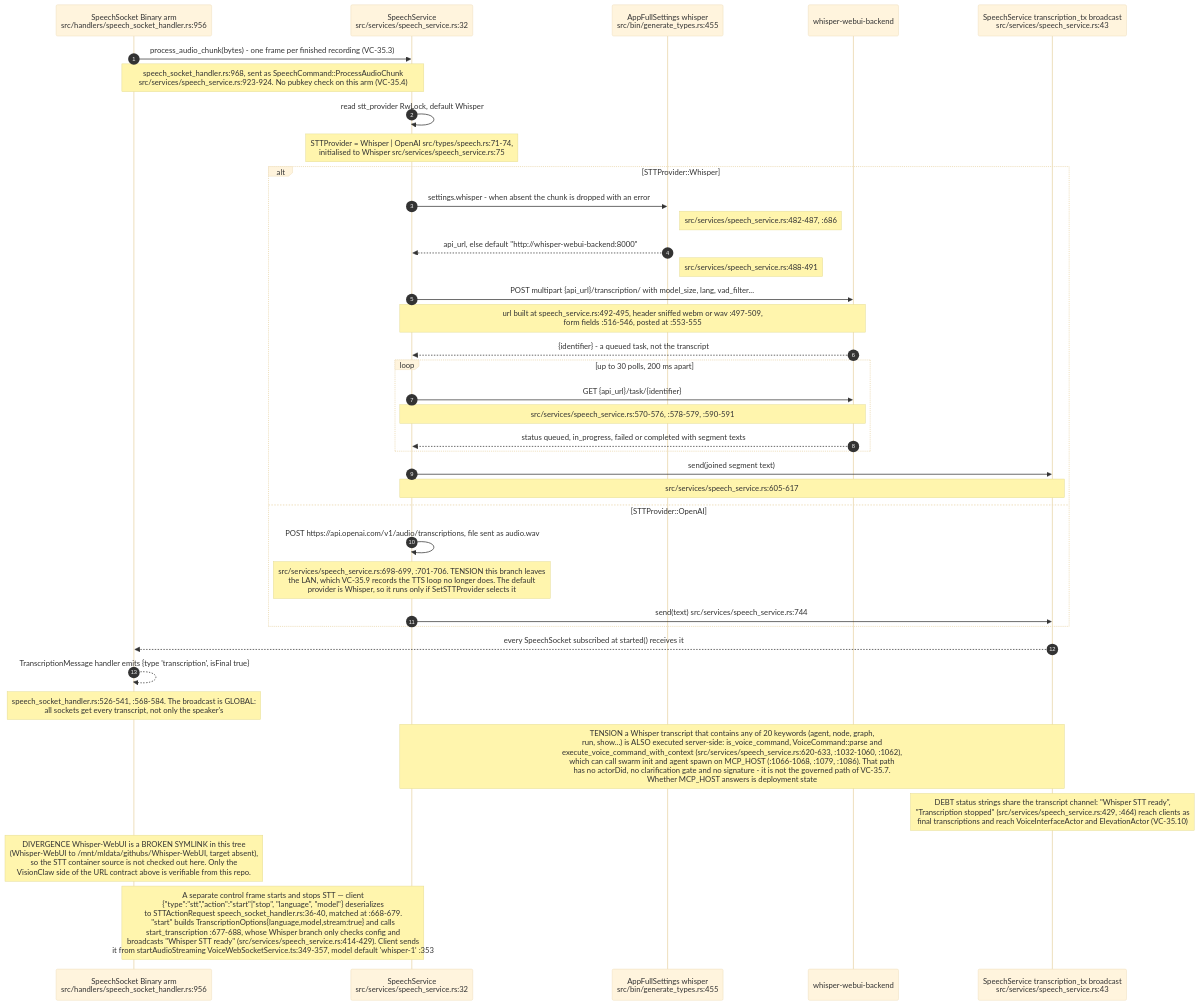
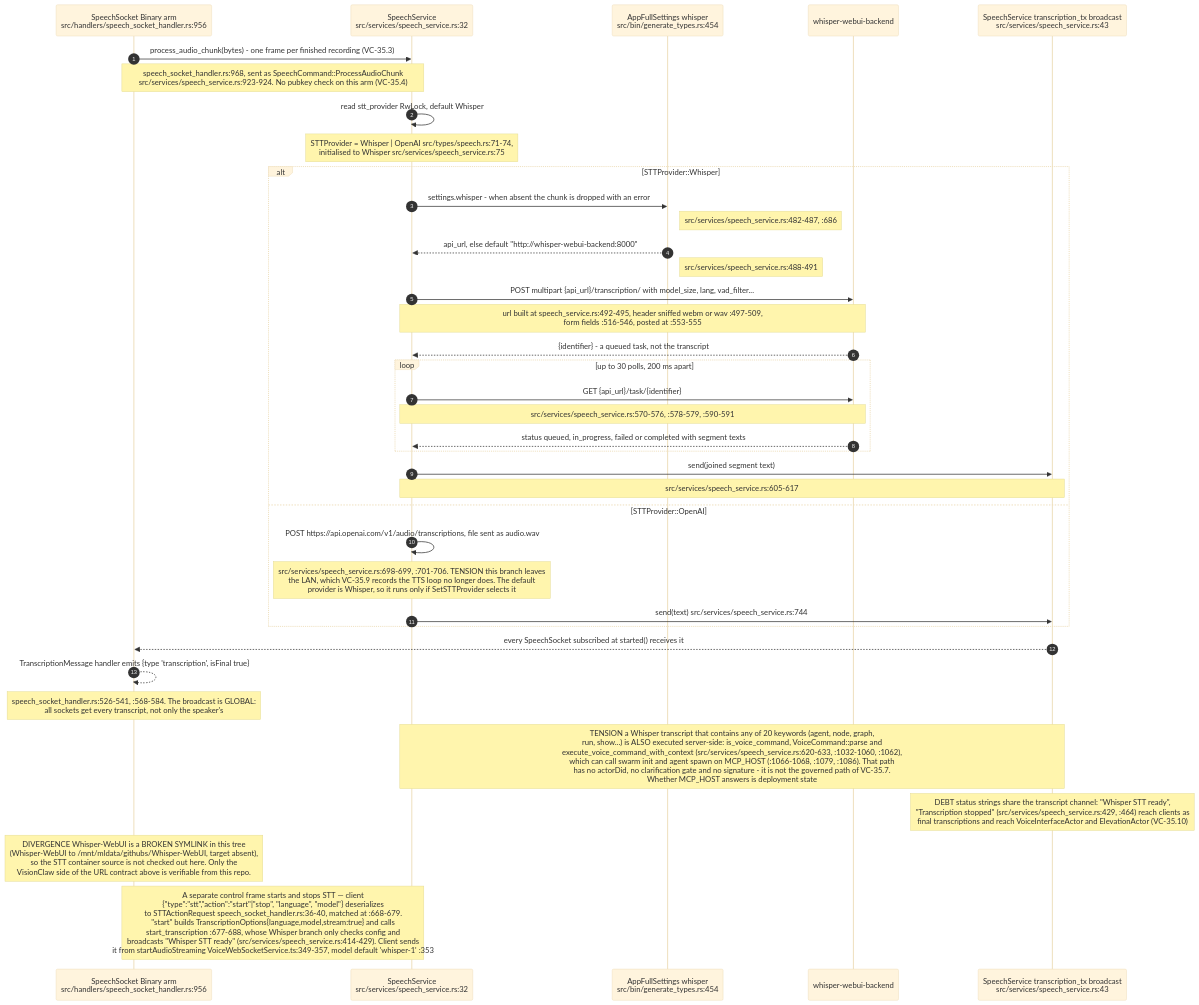
One commit to DreamLab-AI/VisionFlow changed the fifth of 12 diagrams in docs/diagrams/visionclaw/35-voice-end-to-end.md. Above: the diagram before and after it, drawn with Mermaid (base theme). The commit also changed other lines of this file and 56 other files, not shown here.

First line of the commit message:
docs(diagrams): re-verify VisionClaw topics at ec785afa9, add VC-19/56/57 and the VisionClaw register

````diff
--- a/docs/diagrams/visionclaw/35-voice-end-to-end.md
+++ b/docs/diagrams/visionclaw/35-voice-end-to-end.md
@@ -281,41 +289,41 @@
 ```mermaid
 sequenceDiagram
     autonumber
     participant SS as SpeechSocket Binary arm<br/>src/handlers/speech_socket_handler.rs:956
     participant SP as SpeechService<br/>src/services/speech_service.rs:32
-    participant CFG as AppFullSettings whisper<br/>src/bin/generate_types.rs:455
+    participant CFG as AppFullSettings whisper<br/>src/bin/generate_types.rs:454
     participant WH as whisper-webui-backend
     participant TX as SpeechService transcription_tx broadcast<br/>src/services/speech_service.rs:43
 
     SS->>SP: process_audio_chunk(bytes) - one frame per finished recording (VC-35.3)
     Note over SS,SP: speech_socket_handler.rs:968, sent as SpeechCommand::ProcessAudioChunk<br/>src/services/speech_service.rs:923-924. No pubkey check on this arm (VC-35.4)
     SP->>SP: read stt_provider RwLock, default Whisper
     Note over SP: STTProvider = Whisper | OpenAI src/types/speech.rs:71-74,<br/>initialised to Whisper src/services/speech_service.rs:75
     alt STTProvider::Whisper
         SP->>CFG: settings.whisper - when absent the chunk is dropped with an error
         Note right of CFG: src/services/speech_service.rs:482-487, :686
         CFG-->>SP: api_url, else default "http://whisper-webui-backend:8000"
         Note right of CFG: src/services/speech_service.rs:488-491
         SP->>WH: POST multipart {api_url}/transcription/ with model_size, lang, vad_filter...
         Note over SP,WH: url built at speech_service.rs:492-495, header sniffed webm or wav :497-509,<br/>form fields :516-546, posted at :553-555
         WH-->>SP: {identifier} - a queued task, not the transcript
         loop up to 30 polls, 200 ms apart
             SP->>WH: GET {api_url}/task/{identifier}
             Note over SP,WH: src/services/speech_service.rs:570-576, :578-579, :590-591
             WH-->>SP: status queued, in_progress, failed or completed with segment texts
         end
         SP->>TX: send(joined segment text)
         Note over SP,TX: src/services/speech_service.rs:605-617
     else STTProvider::OpenAI
         SP->>SP: POST https://api.openai.com/v1/audio/transcriptions, file sent as audio.wav
         Note over SP: src/services/speech_service.rs:698-699, :701-706. TENSION this branch leaves<br/>the LAN, which VC-35.9 records the TTS loop no longer does. The default<br/>provider is Whisper, so it runs only if SetSTTProvider selects it
         SP->>TX: send(text) src/services/speech_service.rs:744
     end
     TX-->>SS: every SpeechSocket subscribed at started() receives it
     SS-->>SS: TranscriptionMessage handler emits {type 'transcription', isFinal true}
     Note over SS: speech_socket_handler.rs:526-541, :568-584. The broadcast is GLOBAL:<br/>all sockets get every transcript, not only the speaker's
     Note over SP,TX: TENSION a Whisper transcript that contains any of 20 keywords (agent, node, graph,<br/>run, show...) is ALSO executed server-side: is_voice_command, VoiceCommand::parse and<br/>execute_voice_command_with_context (src/services/speech_service.rs:620-633, :1032-1060, :1062),<br/>which can call swarm init and agent spawn on MCP_HOST (:1066-1068, :1079, :1086). That path<br/>has no actorDid, no clarification gate and no signature - it is not the governed path of VC-35.7.<br/>Whether MCP_HOST answers is deployment state
     Note over TX: DEBT status strings share the transcript channel: "Whisper STT ready",<br/>"Transcription stopped" (src/services/speech_service.rs:429, :464) reach clients as<br/>final transcriptions and reach VoiceInterfaceActor and ElevationActor (VC-35.10)
     Note over SS: DIVERGENCE Whisper-WebUI is a BROKEN SYMLINK in this tree<br/>(Whisper-WebUI to /mnt/mldata/githubs/Whisper-WebUI, target absent),<br/>so the STT container source is not checked out here. Only the<br/>VisionClaw side of the URL contract above is verifiable from this repo.
     Note over SS,SP: A separate control frame starts and stops STT — client<br/>{"type":"stt","action":"start"|"stop", "language", "model"} deserializes<br/>to STTActionRequest speech_socket_handler.rs:36-40, matched at :668-679.<br/>"start" builds TranscriptionOptions{language,model,stream:true} and calls<br/>start_transcription :677-688, whose Whisper branch only checks config and<br/>broadcasts "Whisper STT ready" (src/services/speech_service.rs:414-429). Client sends<br/>it from startAudioStreaming VoiceWebSocketService.ts:349-357, model default 'whisper-1' :353
 ```
````
